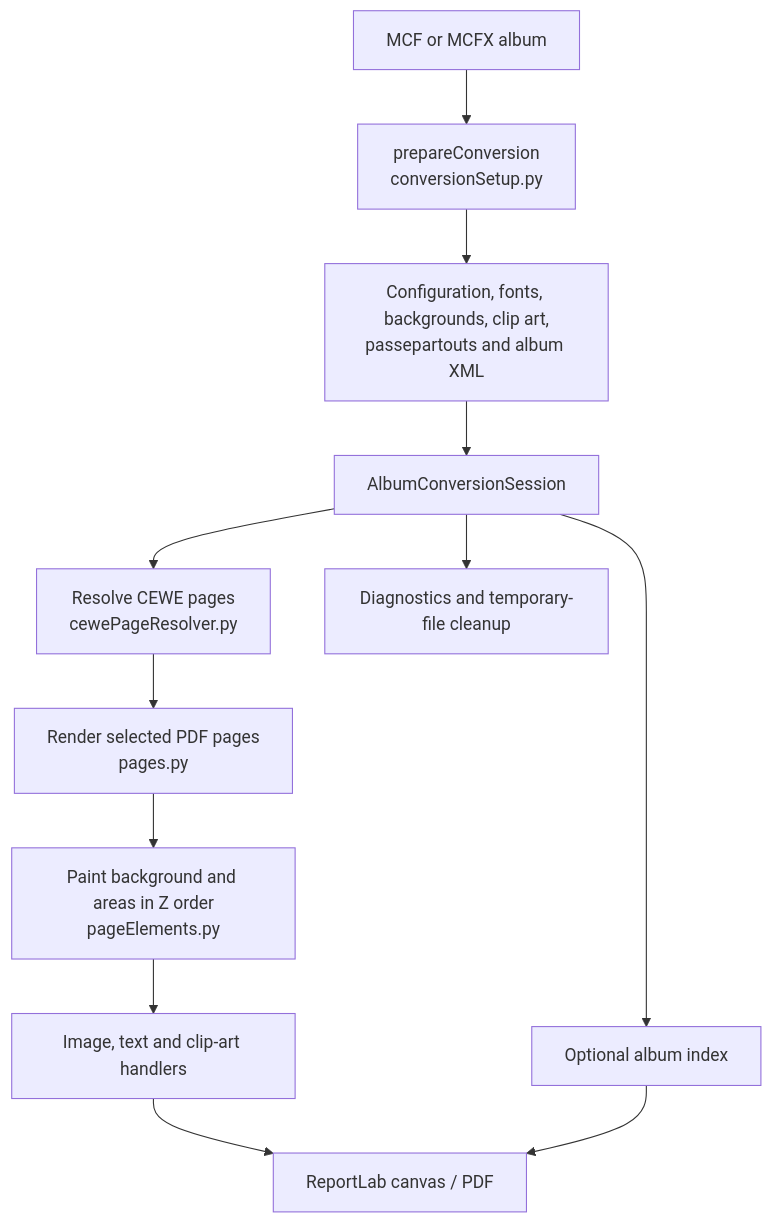
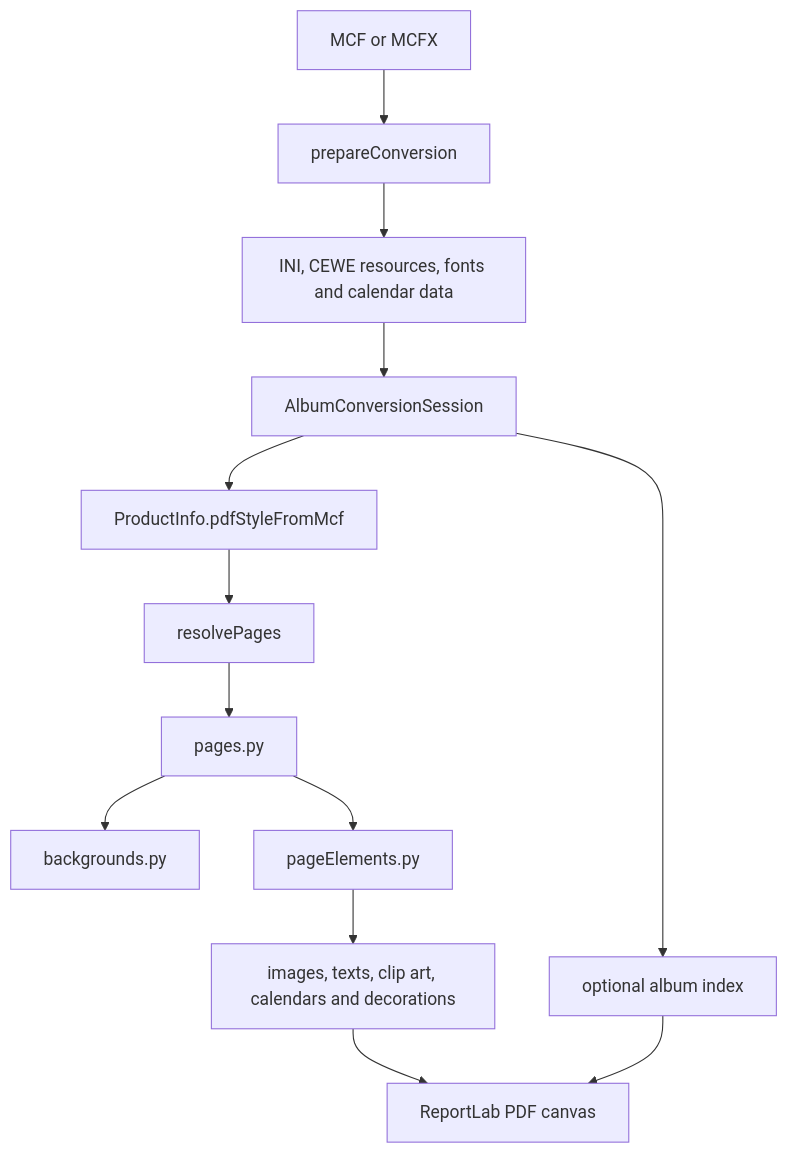
Before and after one commit to bash0/cewe2pdf: the diagram in DEVELOPER_GUIDE.md, drawn with Mermaid. The commit also changed other lines of this file and 6 other files, not shown here.

Commit message:
Finally a version where the transformation of the cewe xml page structure to our pdf is a little clearer.

````diff
--- a/DEVELOPER_GUIDE.md
+++ b/DEVELOPER_GUIDE.md
@@ -18,14 +35,15 @@
 ```mermaid
 flowchart TD
-    Input["MCF or MCFX album"] --> Setup["prepareConversion\nconversionSetup.py"]
-    Setup --> Resources["Configuration, fonts, backgrounds, clip art,\npassepartouts and album XML"]
-    Resources --> Session["AlbumConversionSession"]
-    Session --> Resolver["Resolve CEWE pages\ncewePageResolver.py"]
-    Resolver --> Pages["Render selected PDF pages\npages.py"]
-    Pages --> Elements["Paint background and areas in Z order\npageElements.py"]
-    Elements --> Handlers["Image, text and clip-art handlers"]
-    Handlers --> PDF["ReportLab canvas / PDF"]
-    Session --> Index["Optional album index"]
+    Input[MCF or MCFX] --> Setup[prepareConversion]
+    Setup --> Resources[INI, CEWE resources, fonts and calendar data]
+    Resources --> Session[AlbumConversionSession]
+    Session --> Product[ProductInfo.pdfStyleFromMcf]
+    Product --> Resolver[resolvePages]
+    Resolver --> Page[pages.py]
+    Page --> Background[backgrounds.py]
+    Page --> Areas[pageElements.py]
+    Areas --> Specialists[images, texts, clip art, calendars and decorations]
+    Specialists --> PDF[ReportLab PDF canvas]
+    Session --> Index[optional album index]
     Index --> PDF
-    Session --> Cleanup["Diagnostics and temporary-file cleanup"]
 ```
````
